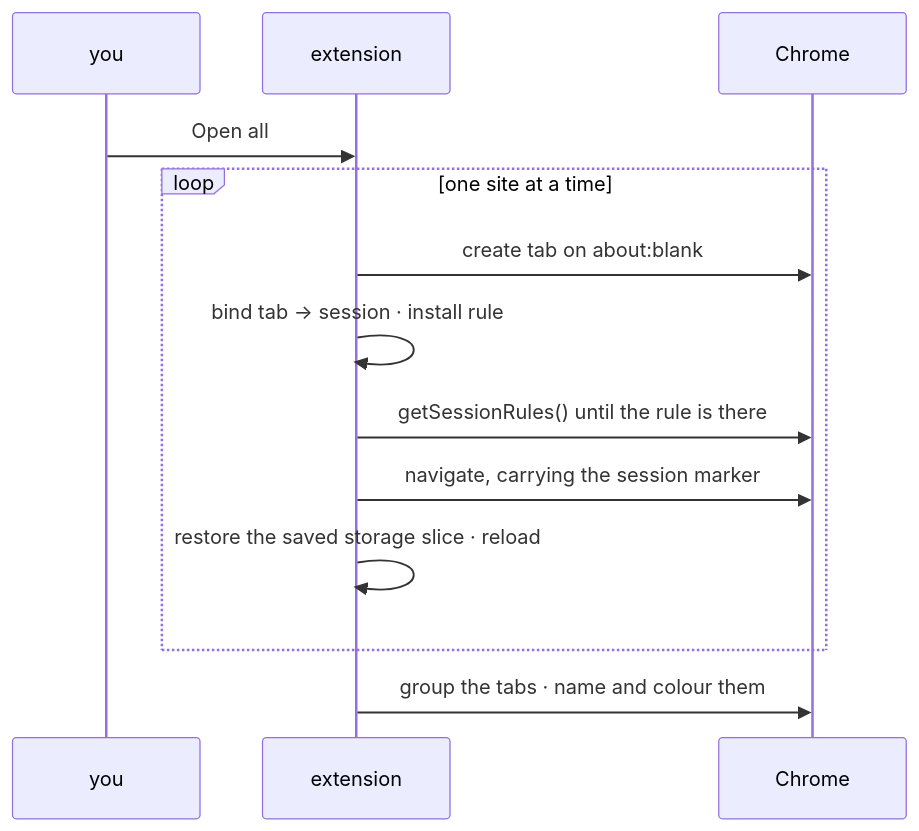
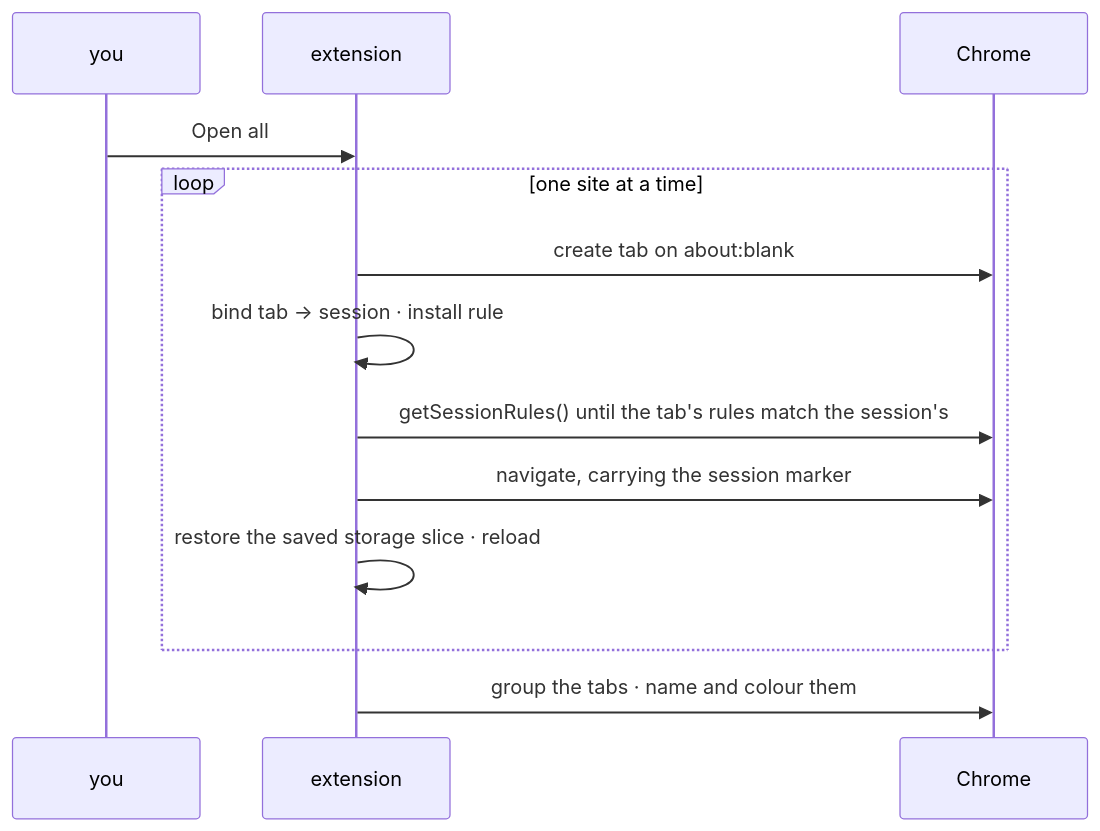
One commit to khanakia/tabsona changed the seventh of 8 diagrams in docs/how-it-works.md. Above: the diagram before and after it, drawn with Mermaid. The commit also changed other lines of this file and 122 other files, not shown here.

````diff
--- a/docs/how-it-works.md
+++ b/docs/how-it-works.md
@@ -224,15 +228,15 @@
 ```mermaid
 sequenceDiagram
   participant U as you
   participant E as extension
   participant C as Chrome
   U->>E: Open all
   loop one site at a time
     E->>C: create tab on about:blank
     E->>E: bind tab → session · install rule
-    E->>C: getSessionRules() until the rule is there
+    E->>C: getSessionRules() until the tab's rules match the session's
     E->>C: navigate, carrying the session marker
     E->>E: restore the saved storage slice · reload
   end
   E->>C: group the tabs · name and colour them
 ```
````
